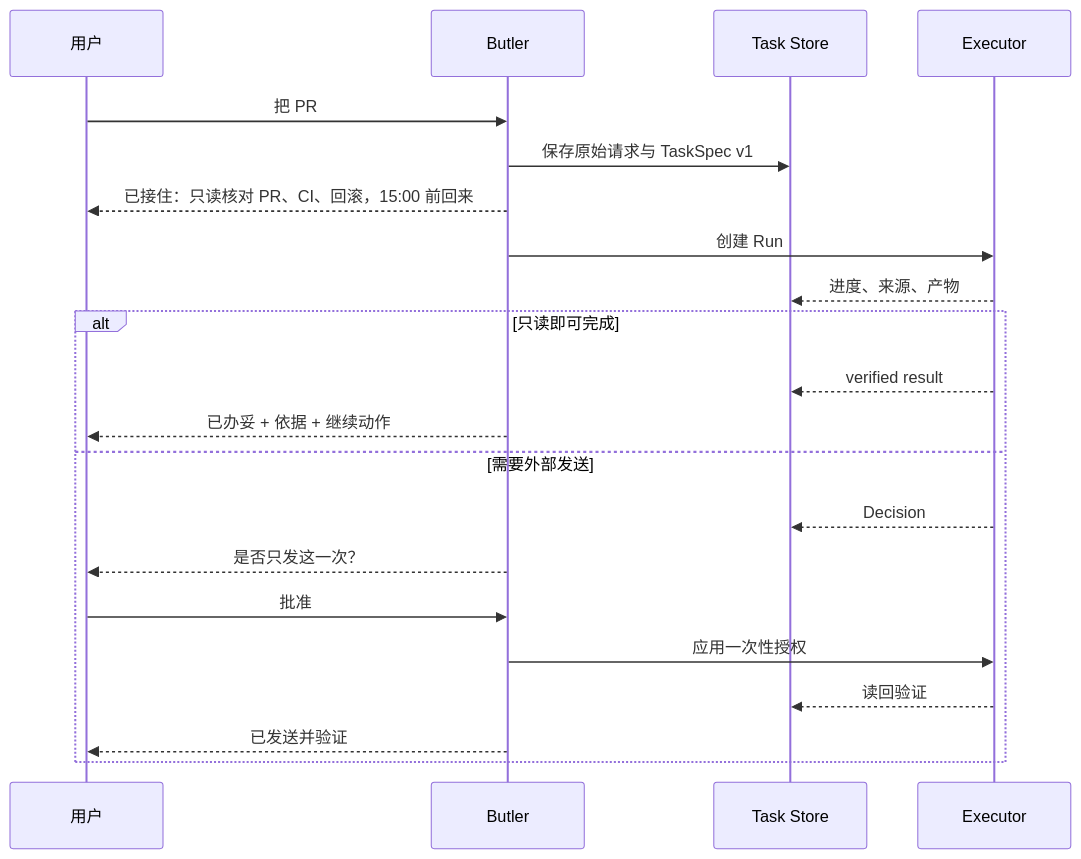
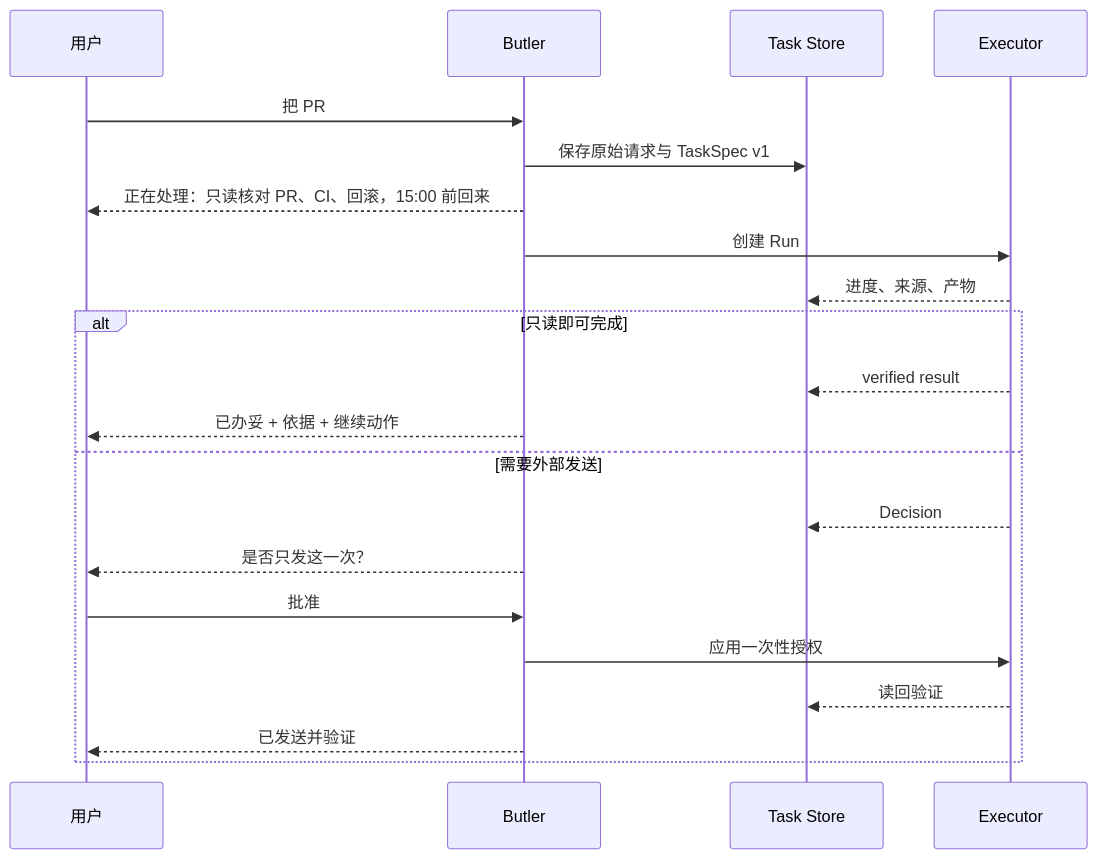
Before and after one commit to lusipad/RocketX: the tenth of 12 diagrams in docs/butler-continuous-work-system-design.md, drawn with Mermaid. The commit also changed other lines of this file and 42 other files, not shown here.

````diff
--- a/docs/butler-continuous-work-system-design.md
+++ b/docs/butler-continuous-work-system-design.md
@@ -1389,23 +1389,23 @@
 ```mermaid
 sequenceDiagram
     participant U as 用户
     participant B as Butler
     participant T as Task Store
     participant E as Executor
     U->>B: 把 PR #248 的风险查清，下午三点前给我结论
     B->>T: 保存原始请求与 TaskSpec v1
-    B-->>U: 已接住：只读核对 PR、CI、回滚，15:00 前回来
+    B-->>U: 正在处理：只读核对 PR、CI、回滚，15:00 前回来
     B->>E: 创建 Run #1
     E-->>T: 进度、来源、产物
     alt 只读即可完成
         E-->>T: verified result
         B-->>U: 已办妥 + 依据 + 继续动作
     else 需要外部发送
         E-->>T: Decision
         B-->>U: 是否只发这一次？
         U->>B: 批准
         B->>E: 应用一次性授权
         E-->>T: 读回验证
         B-->>U: 已发送并验证
     end
 ```
````
